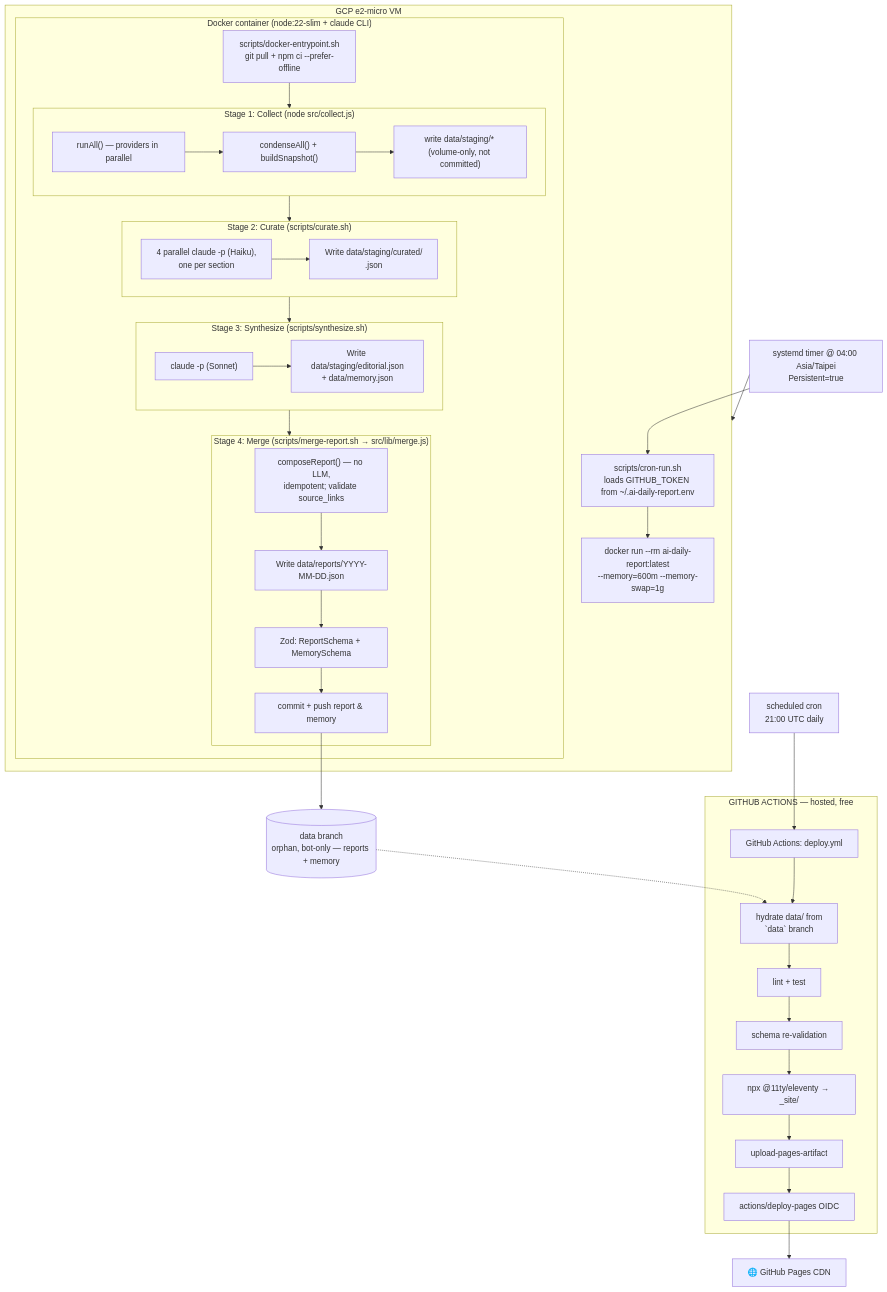
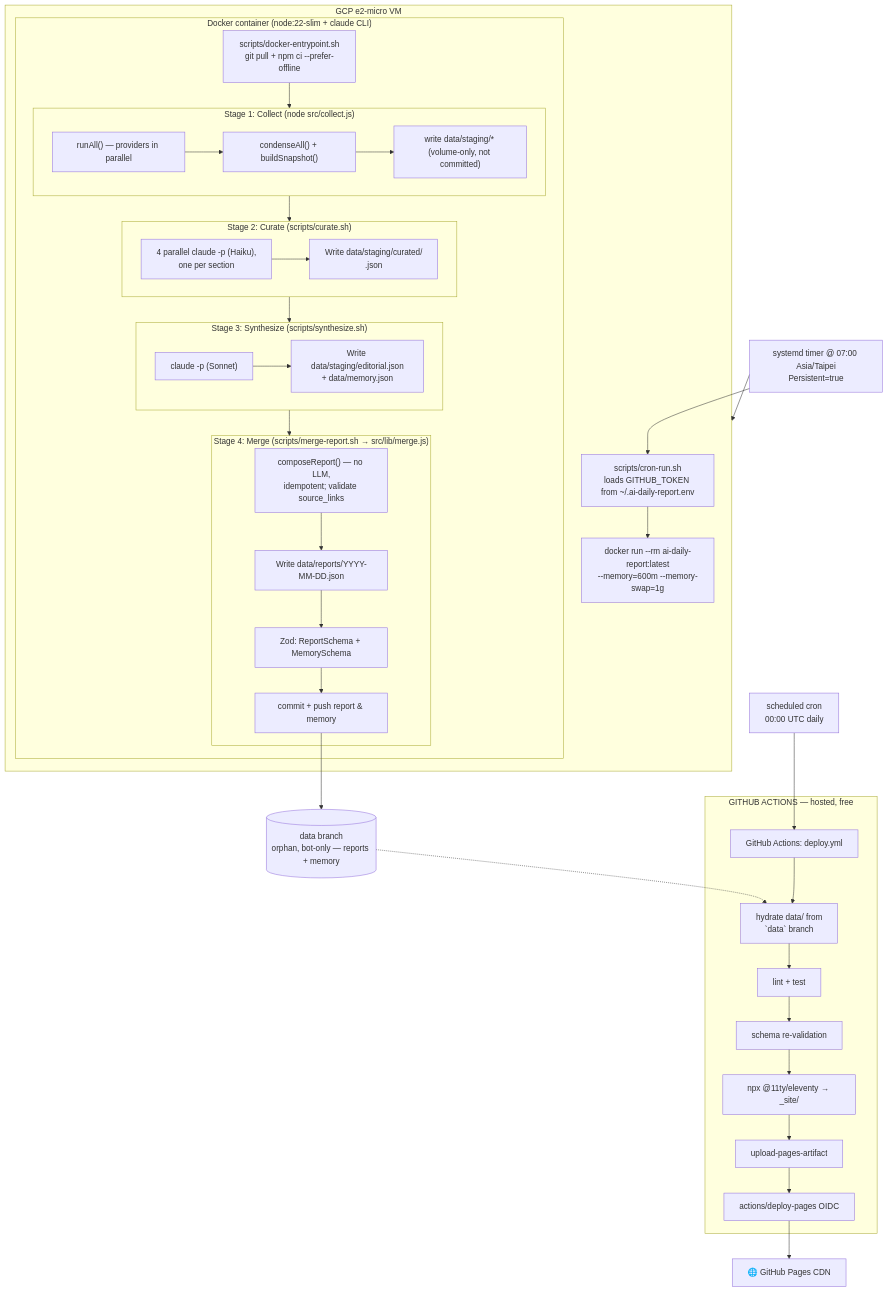
Before and after one commit to bolin8017/ai-daily-report: the first of 3 diagrams in docs/architecture.md, drawn with Mermaid. The commit also changed other lines of this file and 7 other files, not shown here.

First line of the commit message:
chore: shift daily pipeline schedule from 04:00 to 07:00 Asia/Taipei (#43)

````diff
--- a/docs/architecture.md
+++ b/docs/architecture.md
@@ -17,58 +17,58 @@
 ```mermaid
 flowchart TD
-  Timer["systemd timer @ 04:00 Asia/Taipei<br/>Persistent=true"] --> Host
+  Timer["systemd timer @ 07:00 Asia/Taipei<br/>Persistent=true"] --> Host
 
   subgraph Host["GCP e2-micro VM"]
     CronRun["scripts/cron-run.sh<br/>loads GITHUB_TOKEN from ~/.ai-daily-report.env"]
     CronRun --> Docker["docker run --rm ai-daily-report:latest<br/>--memory=600m --memory-swap=1g"]
 
     subgraph Container["Docker container (node:22-slim + claude CLI)"]
       Entry["scripts/docker-entrypoint.sh<br/>git pull + npm ci --prefer-offline"]
 
       subgraph Stage1["Stage 1: Collect (node src/collect.js)"]
         Fetch["runAll() — providers in parallel"]
         Fetch --> Condense["condenseAll() + buildSnapshot()"]
         Condense --> WriteStaging["write data/staging/* (volume-only, not committed)"]
       end
 
       subgraph Stage2["Stage 2: Curate (scripts/curate.sh)"]
         Curate["4 parallel claude -p (Haiku),<br/>one per section"]
         Curate --> WriteCurated["Write data/staging/curated/<section>.json"]
       end
 
       subgraph Stage3["Stage 3: Synthesize (scripts/synthesize.sh)"]
         Synth["claude -p (Sonnet)"]
         Synth --> WriteEditorial["Write data/staging/editorial.json\n+ data/memory.json"]
       end
 
       subgraph Stage4["Stage 4: Merge (scripts/merge-report.sh → src/lib/merge.js)"]
         Compose["composeReport() — no LLM,<br/>idempotent; validate source_links"]
         Compose --> WriteReport["Write data/reports/YYYY-MM-DD.json"]
         WriteReport --> Validate["Zod: ReportSchema + MemorySchema"]
         Validate --> CommitReport["commit + push report & memory"]
       end
 
       Entry --> Stage1
       Stage1 --> Stage2
       Stage2 --> Stage3
       Stage3 --> Stage4
     end
   end
 
   Timer --> CronRun
   CommitReport --> DataBranch[(data branch<br/>orphan, bot-only — reports + memory)]
 
-  GHACron[scheduled cron<br/>21:00 UTC daily] --> GHA[GitHub Actions: deploy.yml]
+  GHACron[scheduled cron<br/>00:00 UTC daily] --> GHA[GitHub Actions: deploy.yml]
 
   subgraph GHACI["GITHUB ACTIONS — hosted, free"]
     GHA --> Hydrate[hydrate data/ from<br/>`data` branch]
     Hydrate --> Lint[lint + test]
     Lint --> RevValidate[schema re-validation]
     RevValidate --> Build[npx @11ty/eleventy → _site/]
     Build --> Upload[upload-pages-artifact]
     Upload --> Deploy[actions/deploy-pages OIDC]
   end
 
   DataBranch -.-> Hydrate
   Deploy --> Pages[🌐 GitHub Pages CDN]
 ```
````
